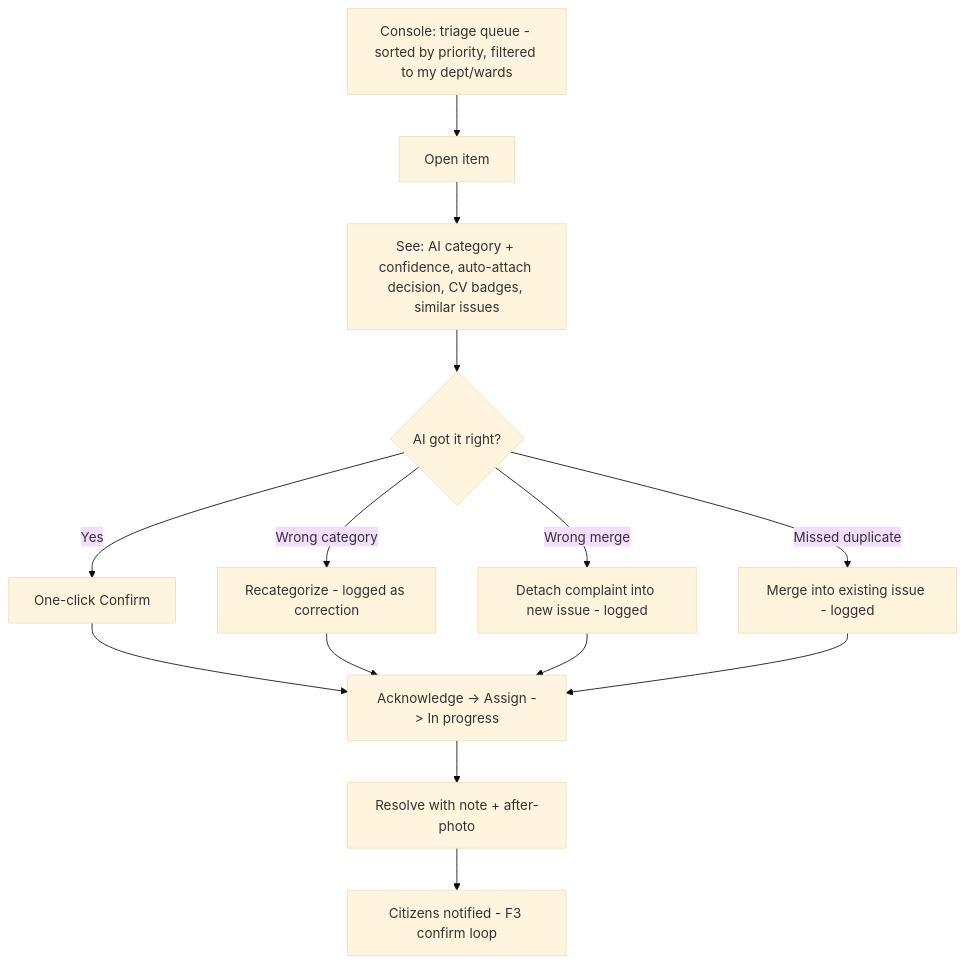
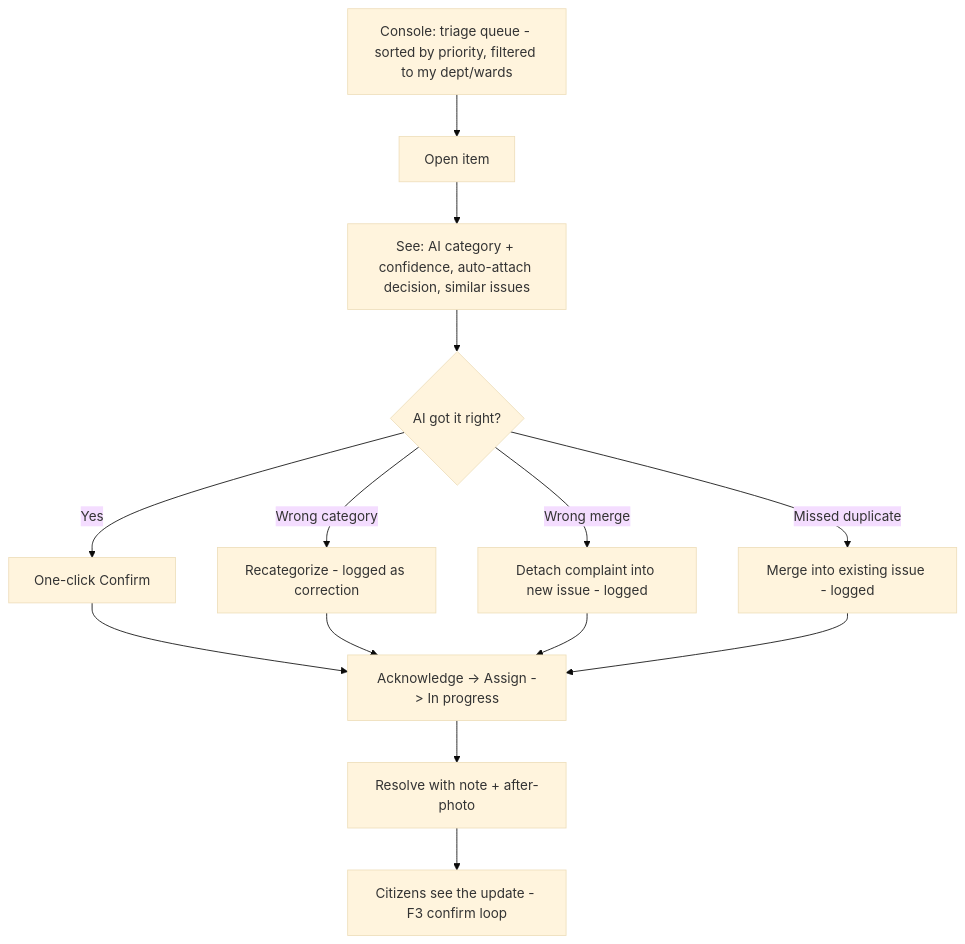
Before and after one commit to kalisingh2277/CivicPulse-AI: the fourth of 7 diagrams in docs/02-user-flows.md, drawn with Mermaid (base theme). The commit also changed other lines of this file and 9 other files, not shown here.

````diff
--- a/docs/02-user-flows.md
+++ b/docs/02-user-flows.md
@@ -82,16 +81,16 @@
 ```mermaid
 flowchart TD
     A[Console: triage queue - sorted by priority, filtered to my dept/wards] --> B[Open item]
-    B --> C[See: AI category + confidence, auto-attach decision, CV badges, similar issues]
+    B --> C[See: AI category + confidence, auto-attach decision, similar issues]
     C --> D{AI got it right?}
     D -- Yes --> E[One-click Confirm]
     D -- Wrong category --> F[Recategorize - logged as correction]
     D -- Wrong merge --> G[Detach complaint into new issue - logged]
     D -- Missed duplicate --> H[Merge into existing issue - logged]
     E --> I[Acknowledge -> Assign -> In progress]
     F --> I
     G --> I
     H --> I
     I --> J[Resolve with note + after-photo]
-    J --> K[Citizens notified - F3 confirm loop]
+    J --> K[Citizens see the update - F3 confirm loop]
 ```
````
